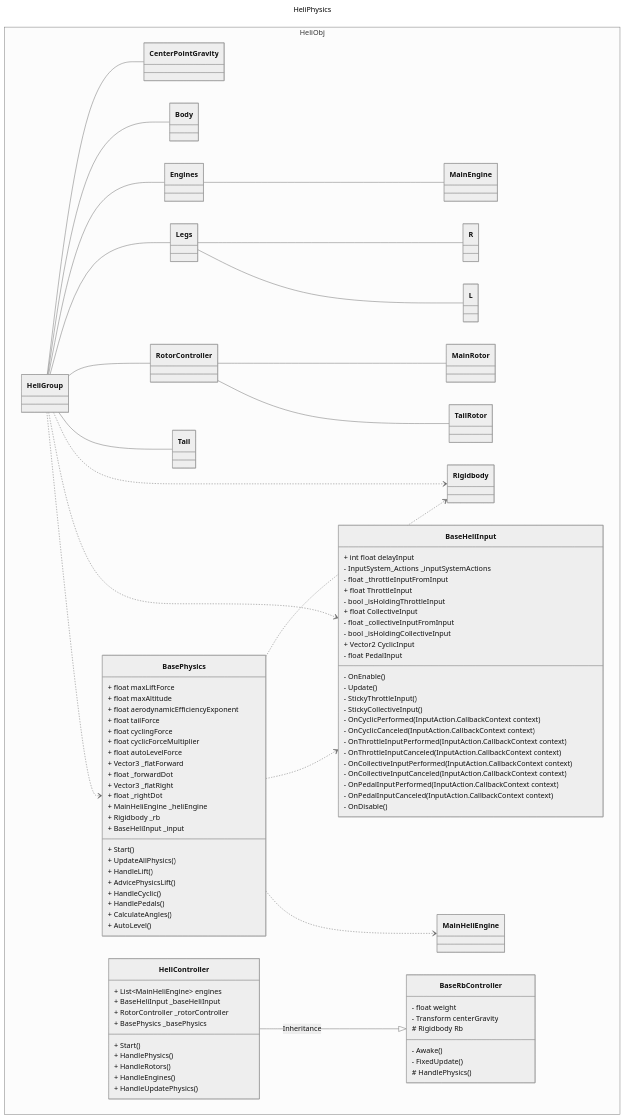
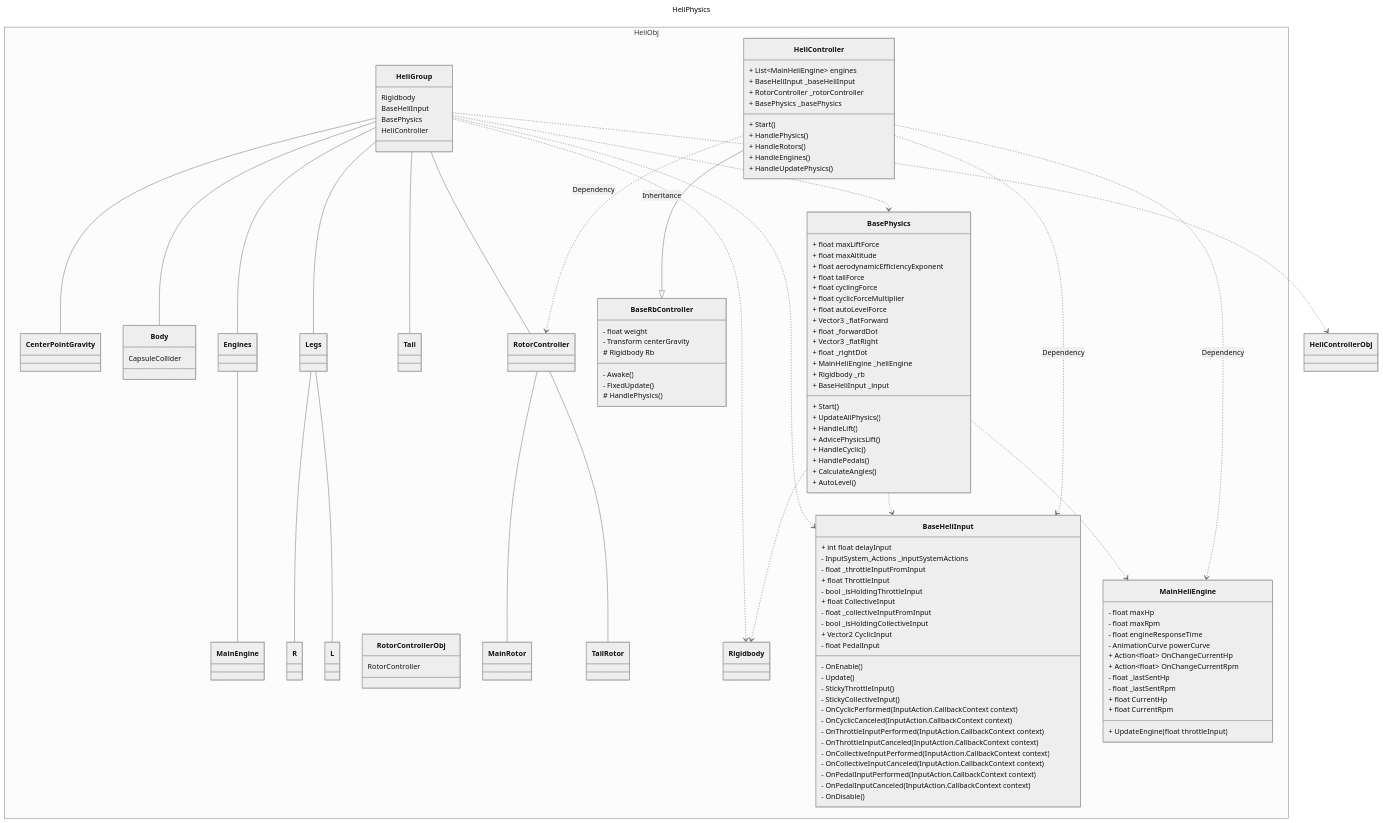
The diagram in README.md (vadimvatsenko/TGLabTest_Heli_Physics), drawn with Mermaid (neutral theme) before and after one commit.

````diff
--- a/README.md
+++ b/README.md
@@ -20,7 +20,7 @@
         class Legs
         class R
         class L
-        class RotorController
+        class RotorControllerObj
         class MainRotor
         class TailRotor
         class Tail
@@ -32,6 +32,7 @@
         class HeliController
         
         class MainHeliEngine
+        class RotorController
         
         
     }
@@ -51,12 +52,24 @@
     HeliGroup ..> Rigidbody
     HeliGroup ..> BaseHeliInput
     HeliGroup ..> BasePhysics
+    HeliGroup ..> HeliControllerObj
     
     BasePhysics ..> Rigidbody
     BasePhysics ..> BaseHeliInput
     BasePhysics ..> MainHeliEngine
     
     HeliController --|> BaseRbController : Inheritance
+    HeliController ..> MainHeliEngine : Dependency
+    HeliController ..> BaseHeliInput : Dependency
+    HeliController ..> RotorController : Dependency
+    
+    HeliGroup : Rigidbody
+    HeliGroup : BaseHeliInput
+    HeliGroup : BasePhysics
+    HeliGroup : HeliController
+    
+    Body : CapsuleCollider
+    RotorControllerObj : RotorController
     
     BaseHeliInput : + int float delayInput
     BaseHeliInput : - InputSystem_Actions _inputSystemActions
@@ -122,6 +135,19 @@
     HeliController : + HandleEngines()
     HeliController : + HandleUpdatePhysics()
     
+    MainHeliEngine : - float maxHp
+    MainHeliEngine : - float maxRpm
+    MainHeliEngine : - float engineResponseTime
+    MainHeliEngine : - AnimationCurve powerCurve
+    MainHeliEngine : + Action~float~ OnChangeCurrentHp
+    MainHeliEngine : + Action~float~ OnChangeCurrentRpm
+    MainHeliEngine : - float _lastSentHp
+    MainHeliEngine : - float _lastSentRpm
+    MainHeliEngine : + float CurrentHp
+    MainHeliEngine : + float CurrentRpm
+    MainHeliEngine : + UpdateEngine(float throttleInput)
+    
+    
     
     
 ```
````
